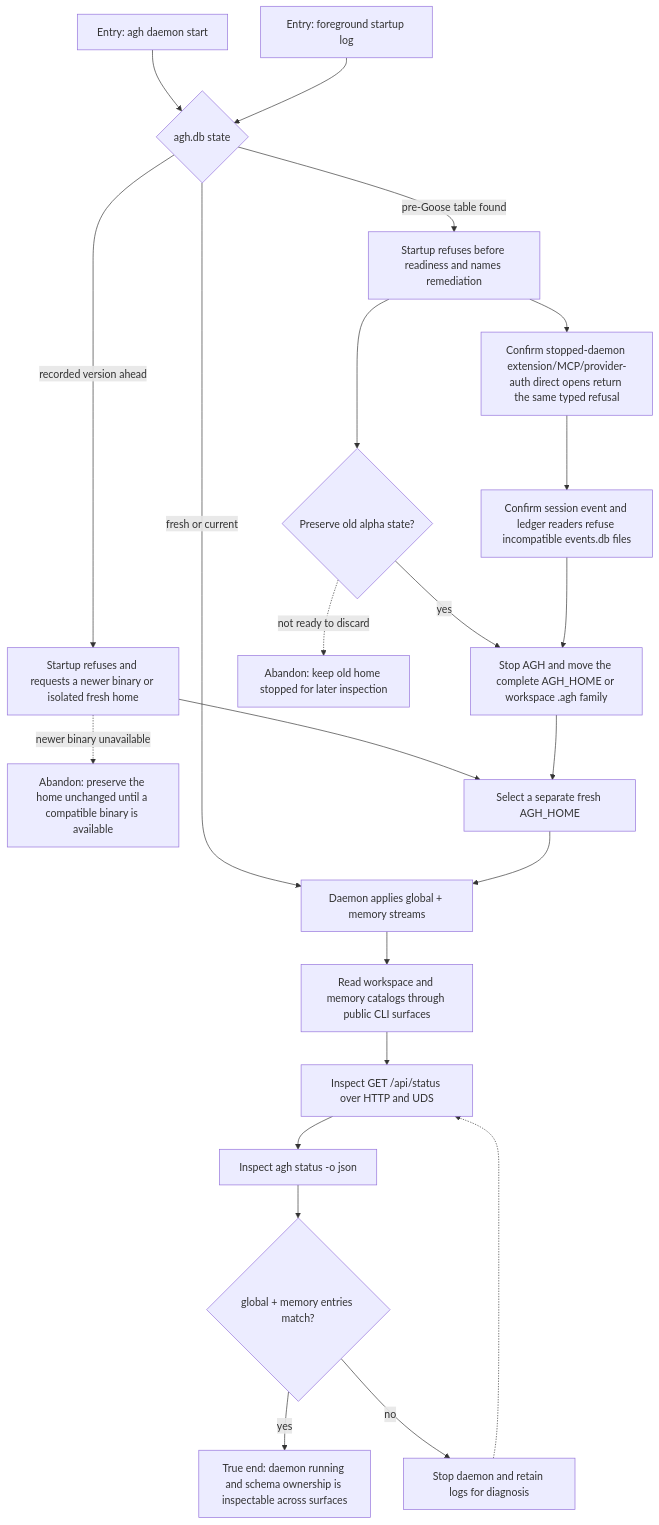
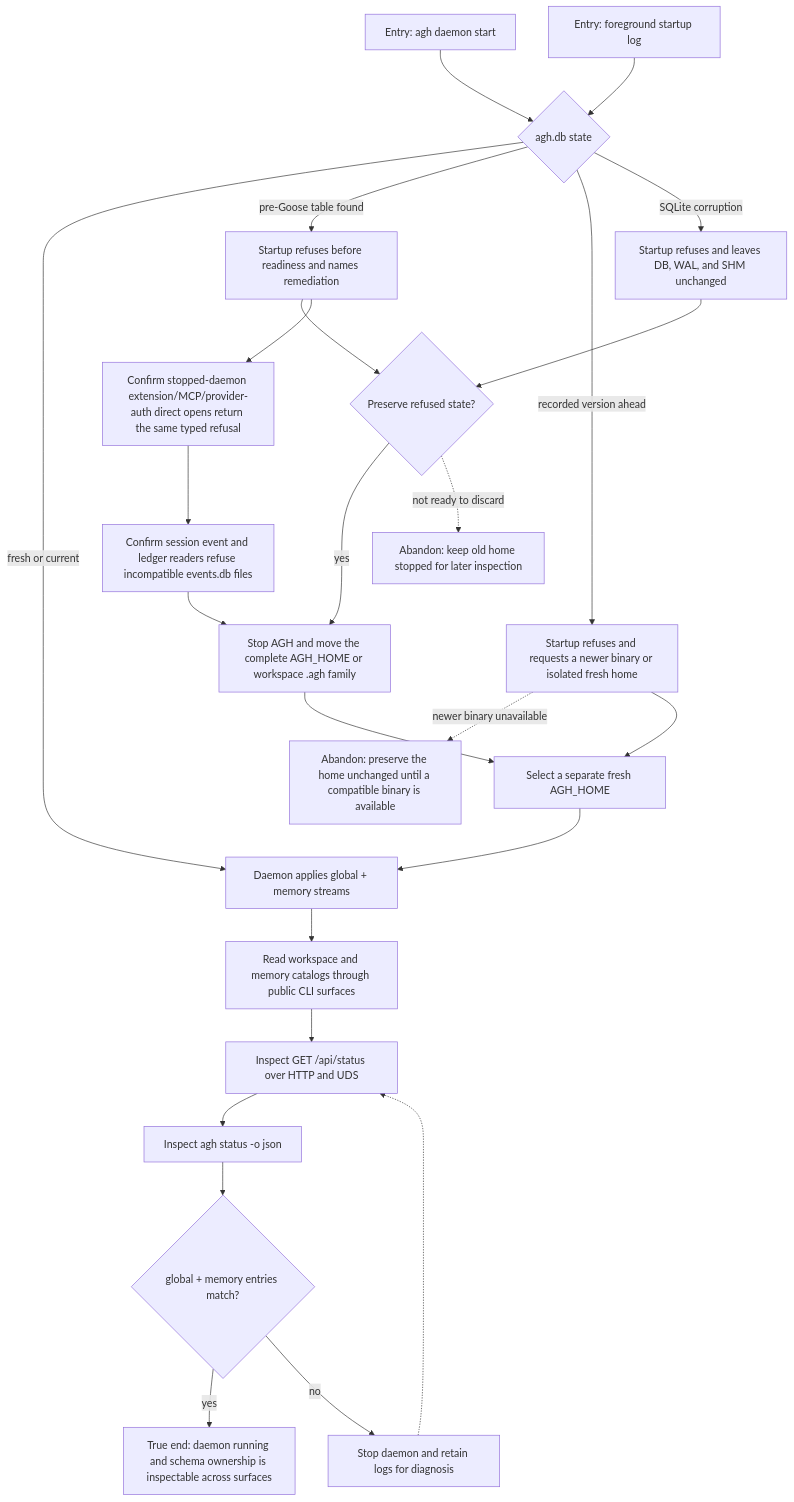
One commit to compozy/agh changed the diagram in docs/qa/journeys/J-operate-daemon-schema.md. Above: the diagram before and after it, drawn with Mermaid. The commit also changed other lines of this file and 1233 other files, not shown here.

````diff
--- a/docs/qa/journeys/J-operate-daemon-schema.md
+++ b/docs/qa/journeys/J-operate-daemon-schema.md
@@ -6,25 +6,27 @@
 ```mermaid
 flowchart TD
     C1[Entry: agh daemon start] --> DB{agh.db state}
     C2[Entry: foreground startup log] --> DB
     DB -->|fresh or current| BOOT[Daemon applies global + memory streams]
     DB -->|pre-Goose table found| REFUSE[Startup refuses before readiness and names remediation]
     DB -->|recorded version ahead| AHEAD[Startup refuses and requests a newer binary or isolated fresh home]
-    REFUSE --> CHOICE{Preserve old alpha state?}
+    DB -->|SQLite corruption| CORRUPT[Startup refuses and leaves DB, WAL, and SHM unchanged]
+    REFUSE --> CHOICE{Preserve refused state?}
+    CORRUPT --> CHOICE
     CHOICE -->|yes| BACKUP[Stop AGH and move the complete AGH_HOME or workspace .agh family]
     CHOICE -.->|not ready to discard| ABANDON[Abandon: keep old home stopped for later inspection]
     REFUSE --> DIRECT[Confirm stopped-daemon extension/MCP/provider-auth direct opens return the same typed refusal]
     DIRECT --> SESSIONREAD[Confirm session event and ledger readers refuse incompatible events.db files]
     SESSIONREAD --> BACKUP
     AHEAD -.->|newer binary unavailable| ABANDONAHEAD[Abandon: preserve the home unchanged until a compatible binary is available]
     AHEAD --> FRESH[Select a separate fresh AGH_HOME]
     FRESH --> BOOT
     BACKUP --> FRESH
     BOOT --> DOMAINS[Read workspace and memory catalogs through public CLI surfaces]
     DOMAINS --> STATUS[Inspect GET /api/status over HTTP and UDS]
     STATUS --> CLI[Inspect agh status -o json]
     CLI --> MATCH{global + memory entries match?}
     MATCH -->|yes| END[True end: daemon running and schema ownership is inspectable across surfaces]
     MATCH -->|no| STOP[Stop daemon and retain logs for diagnosis]
     STOP -.-> STATUS
 ```
````
